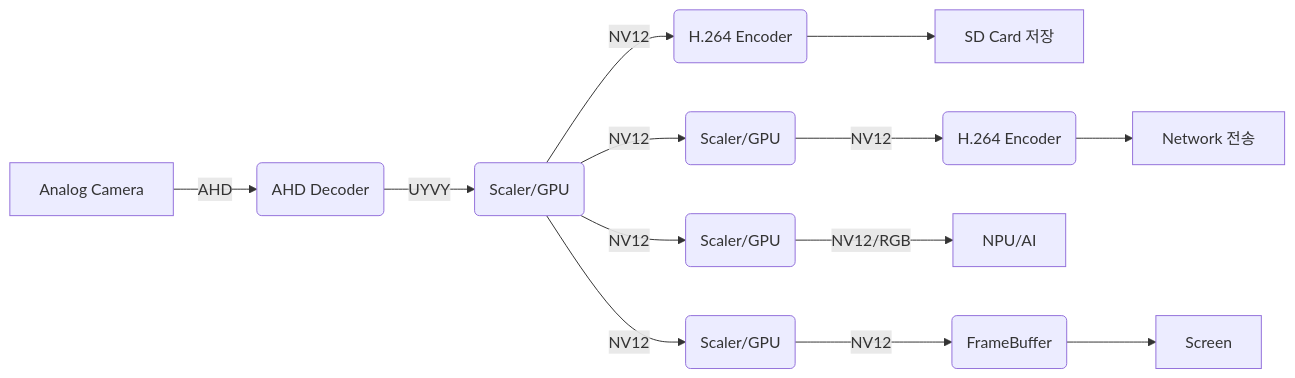
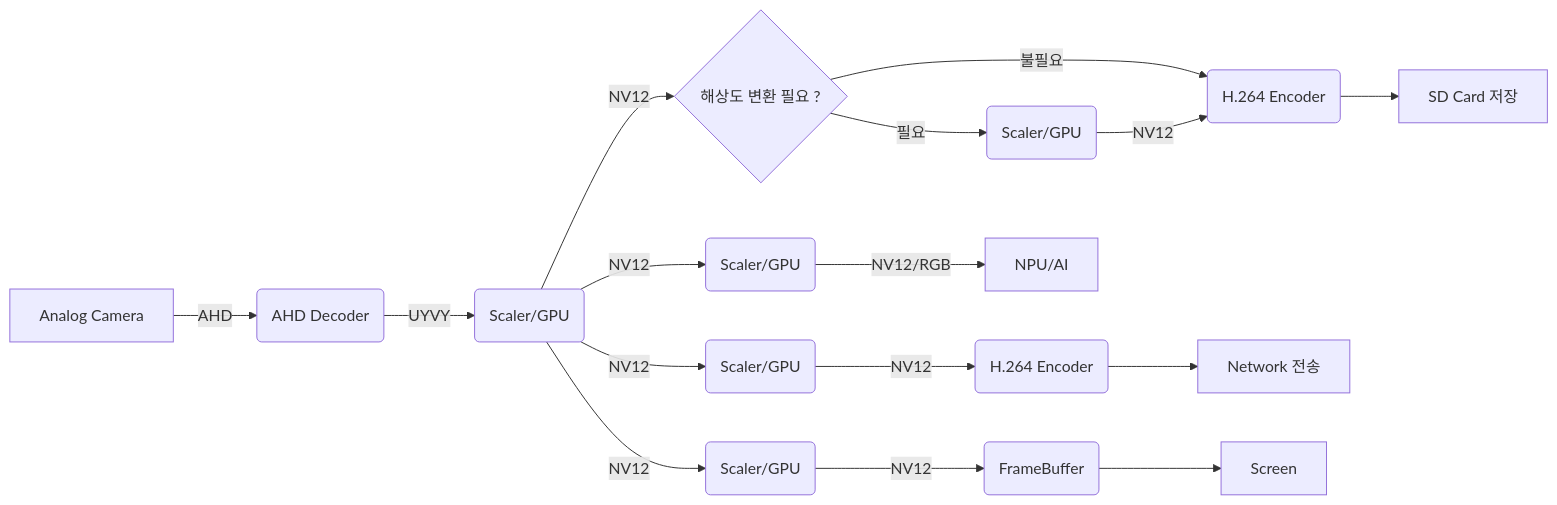
The second of 2 diagrams in README.md (mskim-dteg/system-programing), drawn with Mermaid before and after one commit. The commit also changed other lines of this file, not shown here.

````diff
--- a/README.md
+++ b/README.md
@@ -36,8 +39,11 @@
 ```mermaid
 graph LR
 A[Analog Camera] -->|AHD| B(AHD Decoder) -->|UYVY| C(Scaler/GPU)
-  C -->|NV12| D(H.264 Encoder) --> G[SD Card 저장]
+  C -->|NV12| N{해상도 변환 필요 ?}
+  N -->|불필요| D
+  N -->|필요| O(Scaler/GPU) --> |NV12| D
+  D(H.264 Encoder) --> G[SD Card 저장]
   C -->|NV12| E(Scaler/GPU) -->|NV12| F(H.264 Encoder) --> H[Network 전송]
   C -->|NV12| I(Scaler/GPU) -->|NV12/RGB| J[NPU/AI]
   C -->|NV12| K(Scaler/GPU) -->|NV12| L(FrameBuffer) --> M[Screen]
 ```
````
